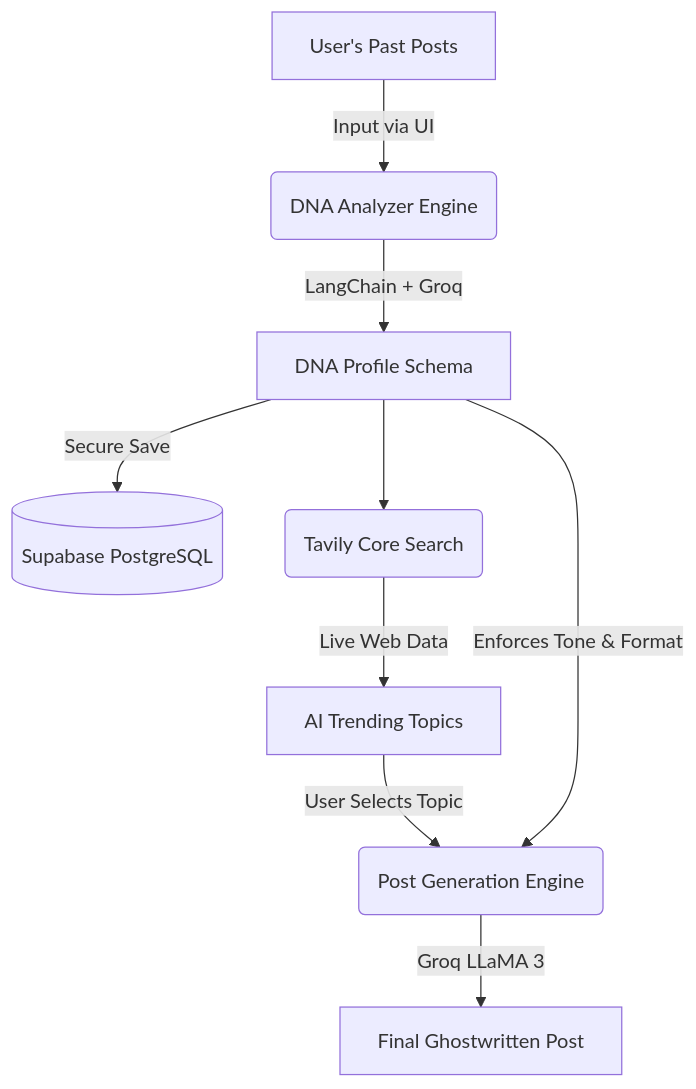
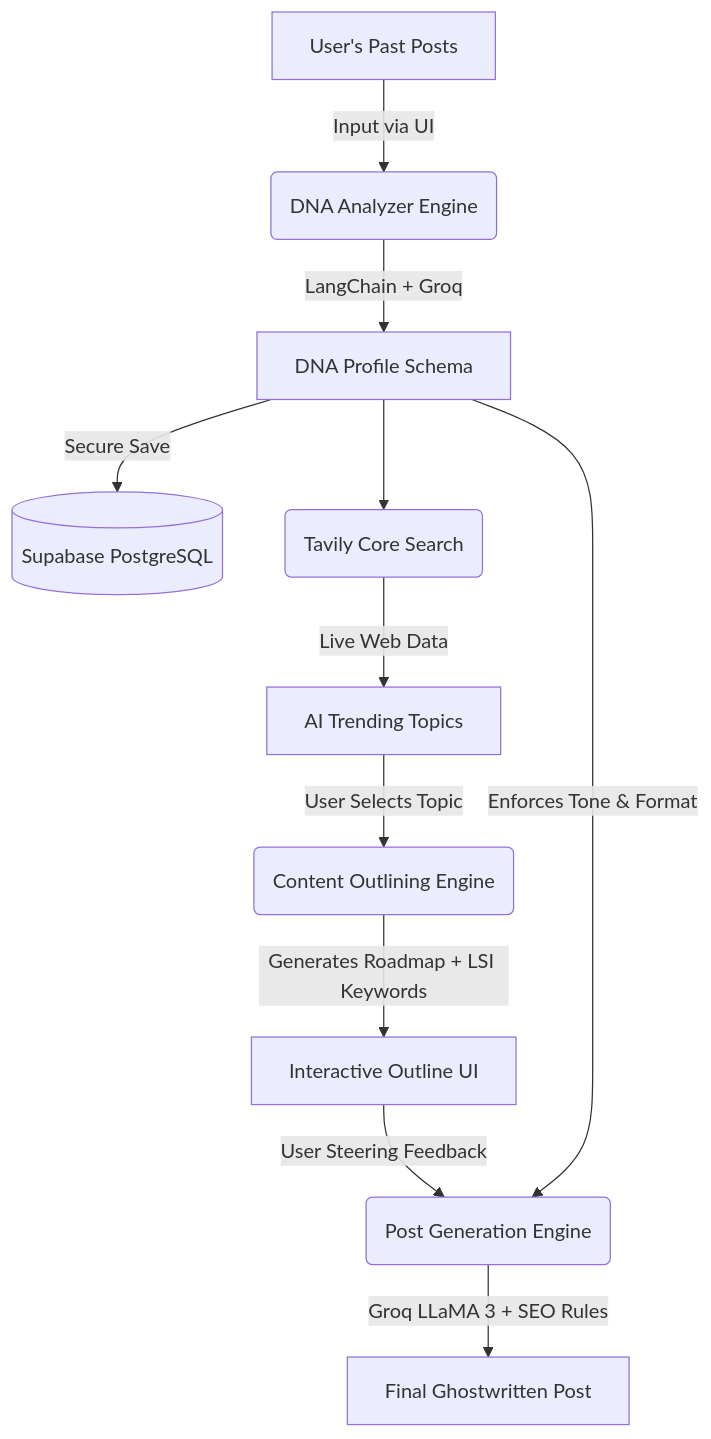
The diagram in README.md (sdupadhyay/linkedin-post-generator), drawn with Mermaid before and after one commit. The commit also changed other lines of this file, not shown here.

Commit message:
Readme File Updated: add human-in-the-loop content outlining and SEO optimization to the AI generation pipeline

````diff
--- a/README.md
+++ b/README.md
@@ -21,14 +23,16 @@
 ```mermaid
 graph TD
     A[User's Past Posts] -->|Input via UI| B(DNA Analyzer Engine)
     B -->|LangChain + Groq| C[DNA Profile Schema]
     C -->|Secure Save| D[(Supabase PostgreSQL)]
     
     C --> E(Tavily Core Search)
     E -->|Live Web Data| F[AI Trending Topics]
     
-    F -->|User Selects Topic| G(Post Generation Engine)
-    C -->|Enforces Tone & Format| G
+    F -->|User Selects Topic| G(Content Outlining Engine)
+    G -->|Generates Roadmap + LSI Keywords| H[Interactive Outline UI]
+    H -->|User Steering Feedback| I(Post Generation Engine)
+    C -->|Enforces Tone & Format| I
     
-    G -->|Groq LLaMA 3| H[Final Ghostwritten Post]
+    I -->|Groq LLaMA 3 + SEO Rules| J[Final Ghostwritten Post]
 ```
````
